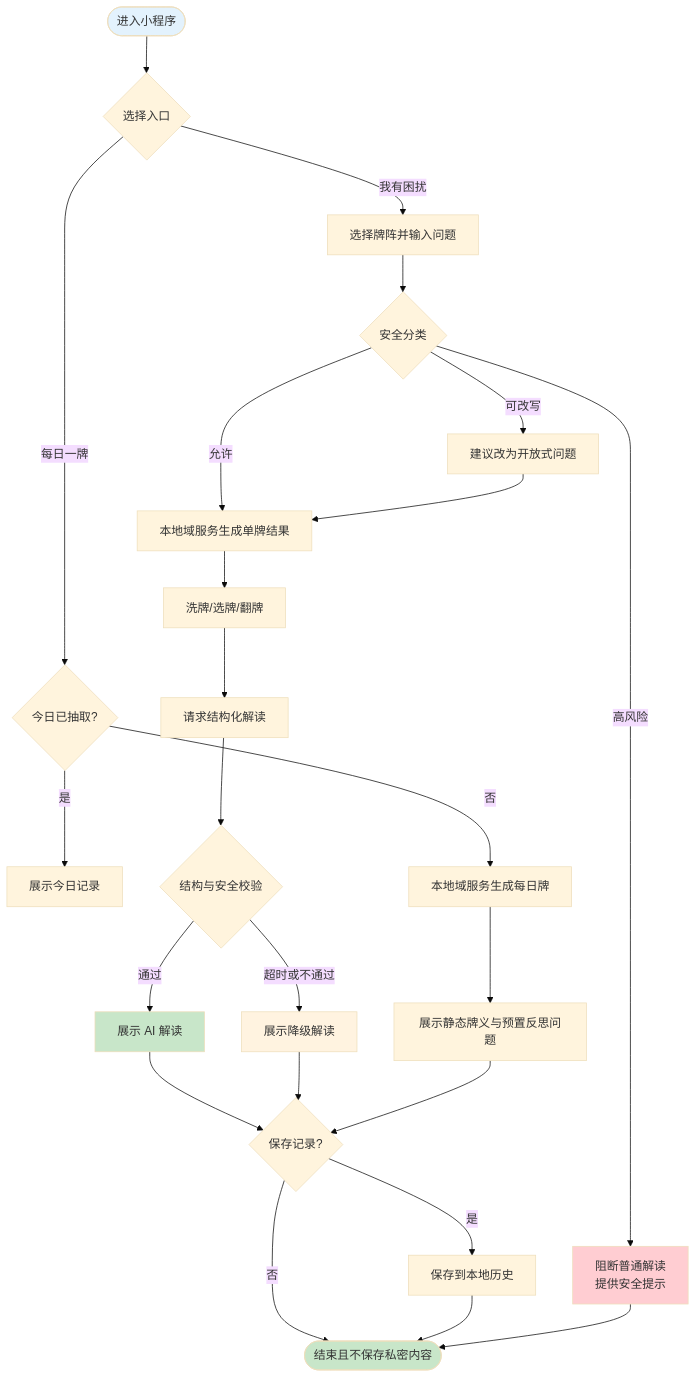
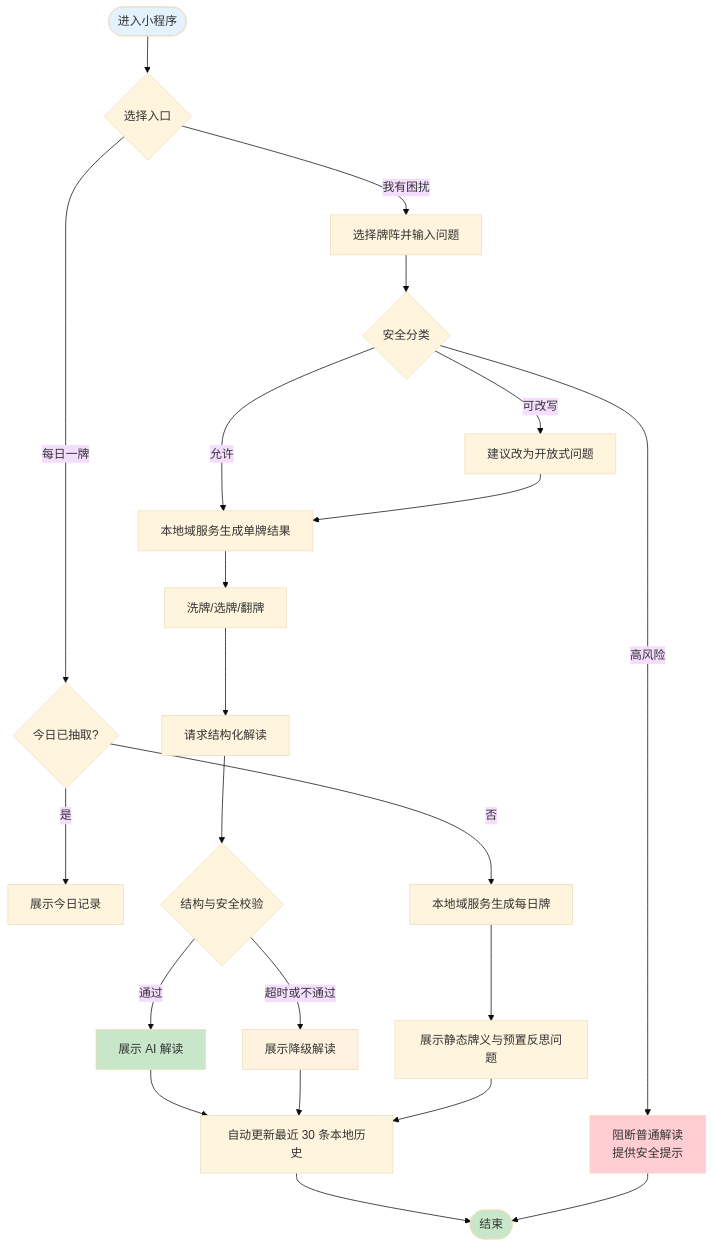
The third of 4 diagrams in docs/product/02-mvp-prd.md (chenzhiyong1994/arcana-mirror), drawn with Mermaid (base theme) before and after one commit. The commit also changed other lines of this file and 34 other files, not shown here.

````diff
--- a/docs/product/02-mvp-prd.md
+++ b/docs/product/02-mvp-prd.md
@@ -351,32 +351,30 @@
 ```mermaid
 flowchart TD
     START([进入小程序]) --> CHOOSE{选择入口}
     CHOOSE -->|每日一牌| DAILY{今日已抽取?}
     DAILY -->|是| HISTORY[展示今日记录]
     DAILY -->|否| DAILYDRAW[本地域服务生成每日牌]
     DAILYDRAW --> DAILYRESULT[展示静态牌义与预置反思问题]
     CHOOSE -->|我有困扰| INPUT[选择牌阵并输入问题]
     INPUT --> SAFE{安全分类}
     SAFE -->|高风险| BLOCK[阻断普通解读<br/>提供安全提示]
     SAFE -->|可改写| REWRITE[建议改为开放式问题]
     SAFE -->|允许| DRAW[本地域服务生成单牌结果]
     REWRITE --> DRAW
     DRAW --> RITUAL[洗牌/选牌/翻牌]
     RITUAL --> GENERATE[请求结构化解读]
     GENERATE --> VALID{结构与安全校验}
     VALID -->|通过| RESULT[展示 AI 解读]
     VALID -->|超时或不通过| FALLBACK[展示降级解读]
-    RESULT --> SAVE{保存记录?}
-    FALLBACK --> SAVE
-    DAILYRESULT --> SAVE
-    SAVE -->|是| HISTORYSAVE[保存到本地历史]
-    SAVE -->|否| END([结束且不保存私密内容])
-    HISTORYSAVE --> END
+    RESULT --> HISTORYSAVE[自动更新最近 30 条本地历史]
+    FALLBACK --> HISTORYSAVE
+    DAILYRESULT --> HISTORYSAVE
+    HISTORYSAVE --> END([结束])
     BLOCK --> END
 
     style START fill:#E3F2FD
     style RESULT fill:#C8E6C9
     style FALLBACK fill:#FFF3E0
     style BLOCK fill:#FFCDD2
     style END fill:#C8E6C9
 ```
````
